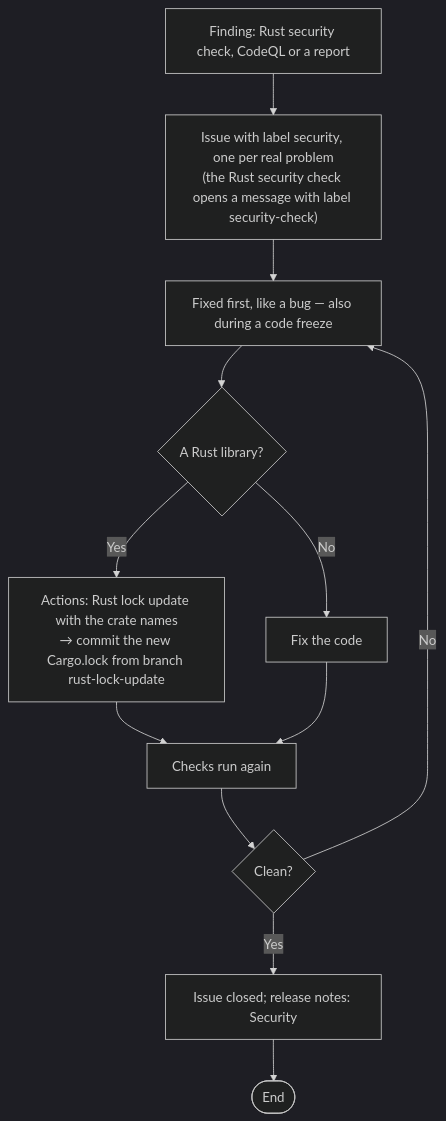
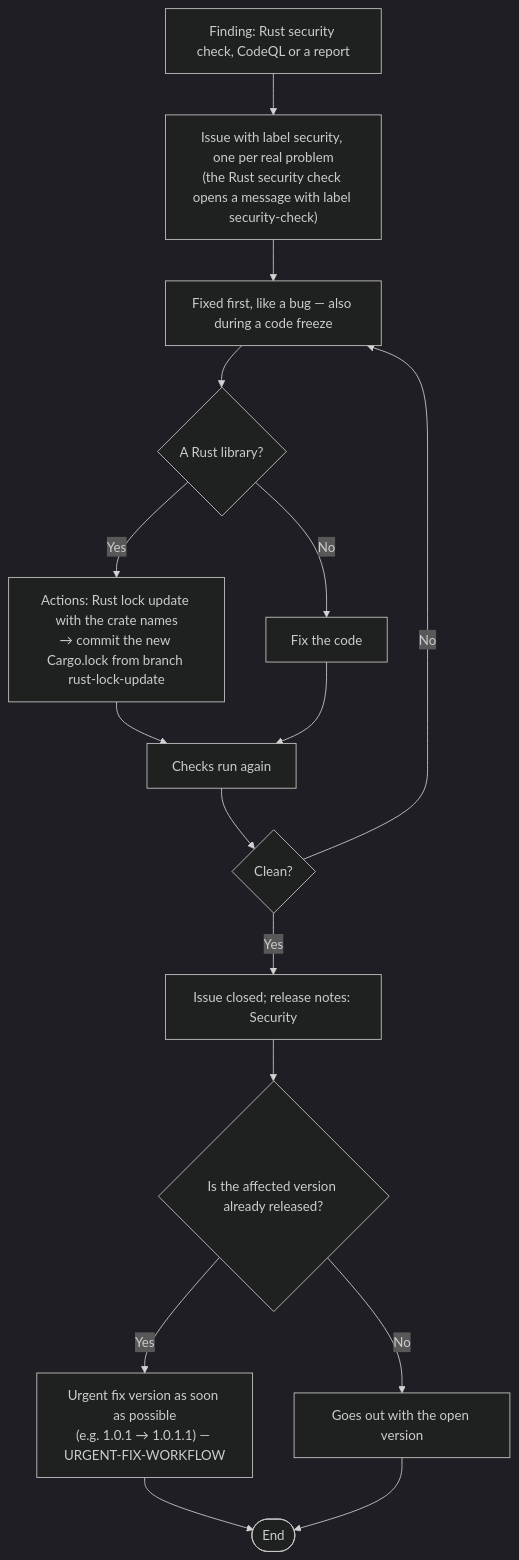
The diagram in docs/SECURITY-WORKFLOW.md (GFGMNET/Workspace), drawn with Mermaid (dark theme) before and after one commit. The commit also changed 7 other files, not shown here.

First line of the commit message:
Workflows: ideas → feature, wishes and duplicates in bug reports, security after release = urgent fix, closing a version with plans not ready; duplicate check also for bugs (and against votes)

````diff
--- a/docs/SECURITY-WORKFLOW.md
+++ b/docs/SECURITY-WORKFLOW.md
@@ -5,14 +5,18 @@
 ```mermaid
 flowchart TD
    A["Finding: Rust security check, CodeQL or a report"] --> B["Issue with label security, one per real problem<br/>(the Rust security check opens a message with label security-check)"]
    B --> C["Fixed first, like a bug — also during a code freeze"]
    C --> D{"A Rust library?"}
    D -->|Yes| E["Actions: Rust lock update with the crate names<br/>→ commit the new Cargo.lock from branch rust-lock-update"]
    D -->|No| F["Fix the code"]
    E --> G["Checks run again"]
    F --> G
    G --> H{"Clean?"}
    H -->|No| C
    H -->|Yes| I["Issue closed; release notes: Security"]
-   I --> J([End])
+   I --> R{"Is the affected version already released?"}
+   R -->|Yes| U["Urgent fix version as soon as possible<br/>(e.g. 1.0.1 → 1.0.1.1) — URGENT-FIX-WORKFLOW"]
+   R -->|No| V["Goes out with the open version"]
+   U --> J([End])
+   V --> J
 ```
````
